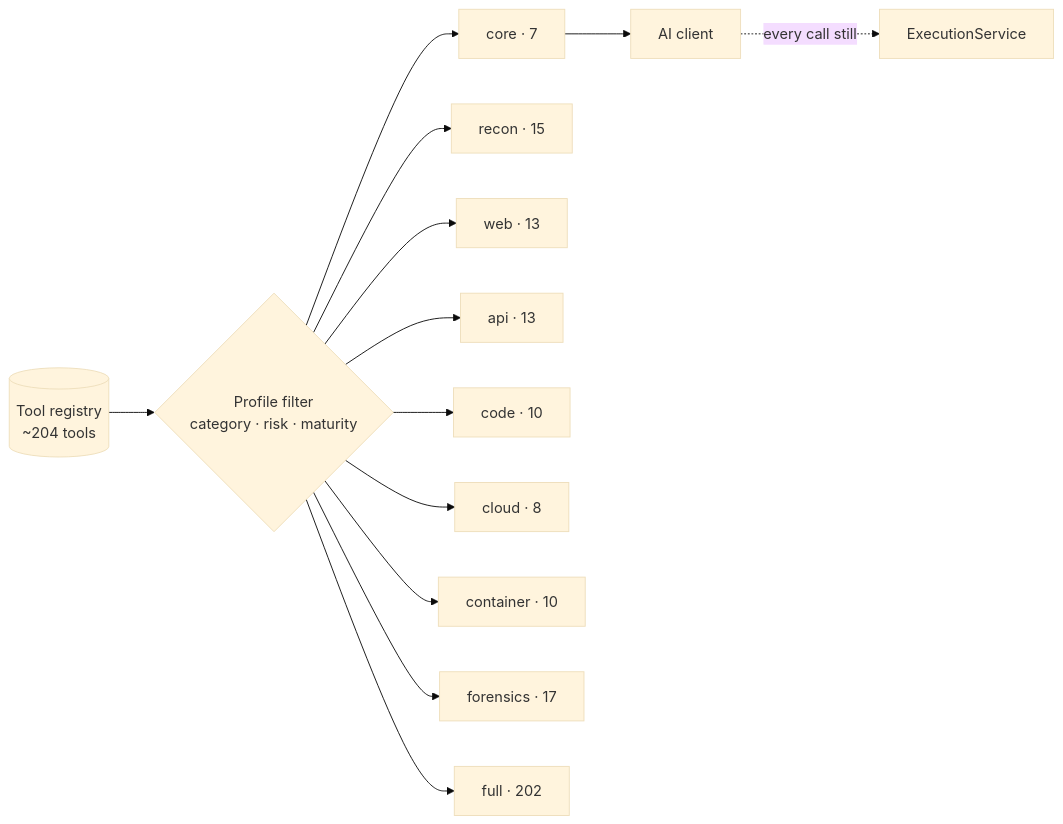
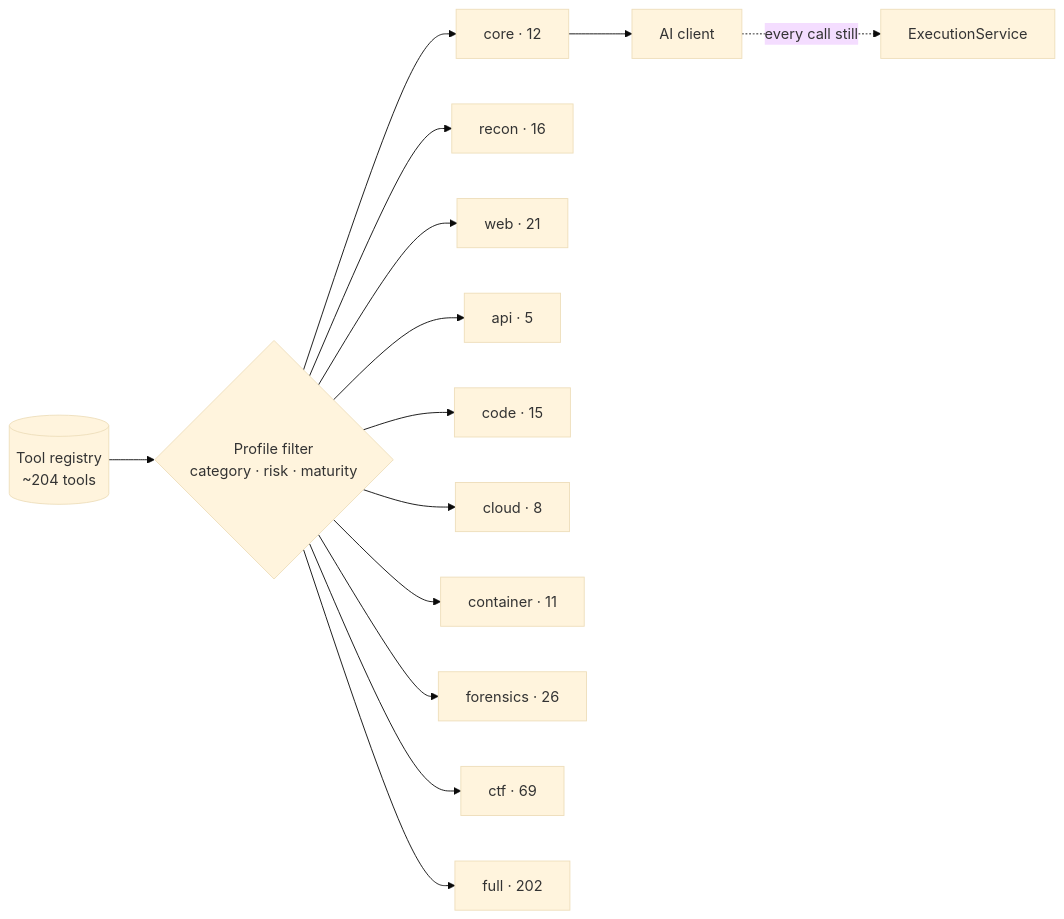
Before and after one commit to Arseno25/nexhunter: the sixth of 6 diagrams in docs/architecture.md, drawn with Mermaid (base theme). The commit also changed other lines of this file and 11 other files, not shown here.

Commit message:
Add AI plan-first flow: propose_plan reviews, autonomous_assess executes approved steps

````diff
--- a/docs/architecture.md
+++ b/docs/architecture.md
@@ -196,16 +196,17 @@
 ```mermaid
 flowchart LR
     REG[(Tool registry<br/>~204 tools)] --> F{Profile filter<br/>category · risk · maturity}
-    F --> C[core · 7]
-    F --> RC[recon · 15]
-    F --> W[web · 13]
-    F --> AP[api · 13]
-    F --> CD[code · 10]
+    F --> C[core · 12]
+    F --> RC[recon · 16]
+    F --> W[web · 21]
+    F --> AP[api · 5]
+    F --> CD[code · 15]
     F --> CL[cloud · 8]
-    F --> CT[container · 10]
-    F --> FR[forensics · 17]
+    F --> CT[container · 11]
+    F --> FR[forensics · 26]
+    F --> CTF[ctf · 69]
     F --> FU[full · 202]
 
     C --> CLIENT[AI client]
     CLIENT -.->|every call still| SVC[ExecutionService]
 ```
````
